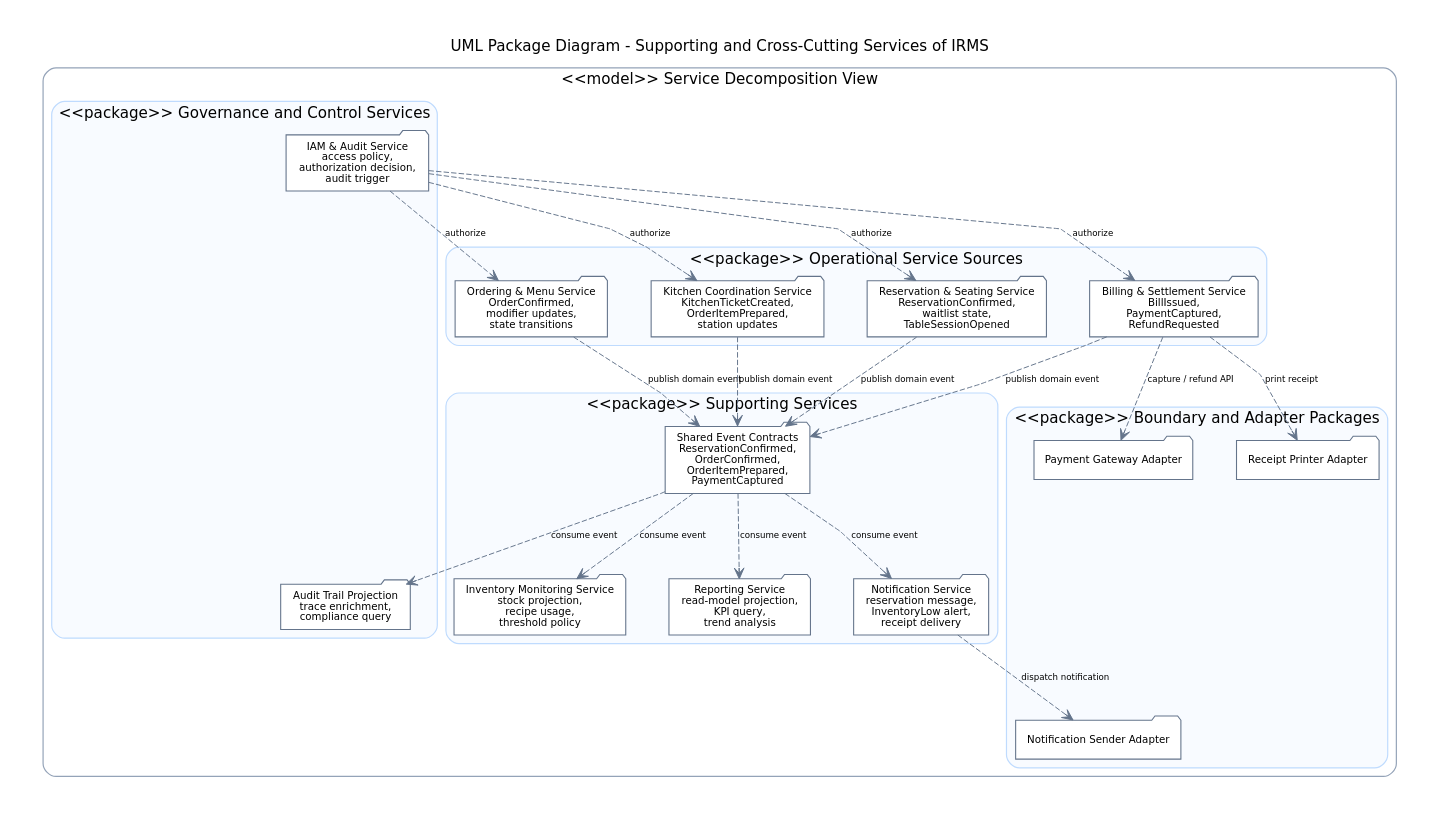
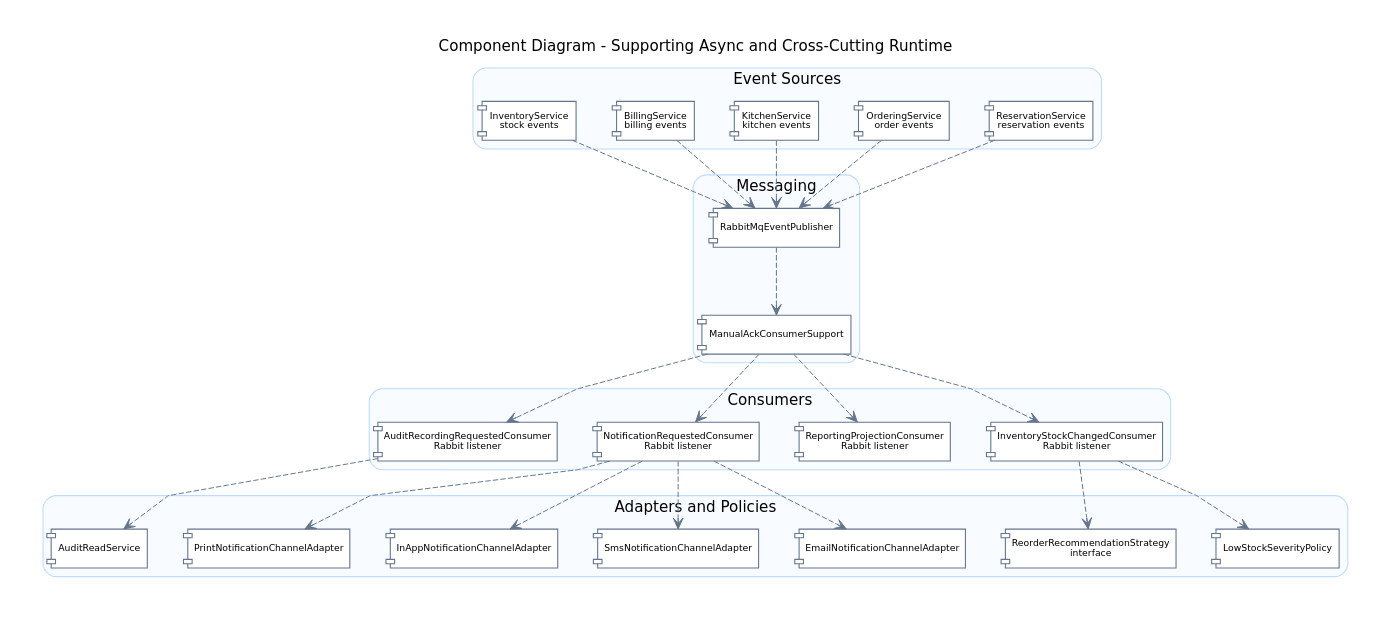
One commit to lehoangluan1/SA_IRMS changed the diagram in assets/diagrams/source/architecture/08_module_view_support_and_cross_cutting_modules.dot. Above: the diagram before and after it, drawn with Graphviz. The commit also changed 3969 other files, not shown here.

```diff
--- a/assets/diagrams/source/architecture/08_module_view_support_and_cross_cutting_modules.dot
+++ b/assets/diagrams/source/architecture/08_module_view_support_and_cross_cutting_modules.dot
@@ -1,106 +1,84 @@
 digraph G {
   graph [
     rankdir=TB,
     newrank=true,
     compound=true,
     bgcolor="white",
     pad=0.34,
-    nodesep=0.56,
-    ranksep=0.96,
+    nodesep=0.52,
+    ranksep=0.88,
     splines=polyline,
     fontname="DejaVu Sans",
     labelloc="t",
-    label="UML Package Diagram - Supporting and Cross-Cutting Services of IRMS"
+    label="Component Diagram - Supporting Async and Cross-Cutting Runtime"
   ];
 
-  node [
-    shape=folder,
-    style="filled",
-    fillcolor="#FFFFFF",
-    color="#64748B",
-    penwidth=1.0,
-    fontname="DejaVu Sans",
-    fontsize=9.5,
-    margin="0.14,0.08"
-  ];
+  node [shape=component, style="rounded,filled", fillcolor="#FFFFFF", color="#64748B", penwidth=1.0, fontname="DejaVu Sans", fontsize=8.6, margin="0.10,0.06"];
+  edge [style=dashed, arrowhead=vee, color="#64748B", penwidth=0.9, fontname="DejaVu Sans", fontsize=7.8];
 
-  edge [
-    style=dashed,
-    arrowhead=vee,
-    color="#64748B",
-    penwidth=0.9,
-    fontname="DejaVu Sans",
-    fontsize=8.0
-  ];
-
-  subgraph cluster_model {
-    label="<<model>> Service Decomposition View";
-    color="#94A3B8";
-    penwidth=1.1;
-    style="rounded";
-
-    subgraph cluster_sources {
-      label="<<package>> Operational Service Sources";
-      color="#BFDBFE";
-      style="rounded,filled";
-      fillcolor="#F8FBFF";
-
-      reservation_source [label="Reservation & Seating Service\nReservationConfirmed,\nwaitlist state,\nTableSessionOpened"];
-      ordering_source [label="Ordering & Menu Service\nOrderConfirmed,\nmodifier updates,\nstate transitions"];
-      kitchen_source [label="Kitchen Coordination Service\nKitchenTicketCreated,\nOrderItemPrepared,\nstation updates"];
-      billing_source [label="Billing & Settlement Service\nBillIssued,\nPaymentCaptured,\nRefundRequested"];
-    }
-
-    subgraph cluster_support {
-      label="<<package>> Supporting Services";
-      color="#BFDBFE";
-      style="rounded,filled";
-      fillcolor="#F8FBFF";
-
-      contracts [label="Shared Event Contracts\nReservationConfirmed,\nOrderConfirmed,\nOrderItemPrepared,\nPaymentCaptured"];
-      inventory_support [label="Inventory Monitoring Service\nstock projection,\nrecipe usage,\nthreshold policy"];
-      reporting_support [label="Reporting Service\nread-model projection,\nKPI query,\ntrend analysis"];
-      notification_support [label="Notification Service\nreservation message,\nInventoryLow alert,\nreceipt delivery"];
-    }
-
-    subgraph cluster_governance {
-      label="<<package>> Governance and Control Services";
-      color="#BFDBFE";
-      style="rounded,filled";
-      fillcolor="#F8FBFF";
-
-      iam_package [label="IAM & Audit Service\naccess policy,\nauthorization decision,\naudit trigger"];
-      audit_package [label="Audit Trail Projection\ntrace enrichment,\ncompliance query"];
-    }
-
-    subgraph cluster_boundary {
-      label="<<package>> Boundary and Adapter Packages";
-      color="#BFDBFE";
-      style="rounded,filled";
-      fillcolor="#F8FBFF";
-
-      payment_adapter [label="Payment Gateway Adapter"];
-      receipt_adapter [label="Receipt Printer Adapter"];
-      notification_adapter [label="Notification Sender Adapter"];
-    }
+  subgraph cluster_sources {
+    label="Event Sources";
+    color="#BFDBFE";
+    style="rounded,filled";
+    fillcolor="#F8FBFF";
+    ReservationService [label="ReservationService\nreservation events"];
+    OrderingService [label="OrderingService\norder events"];
+    KitchenService [label="KitchenService\nkitchen events"];
+    BillingService [label="BillingService\nbilling events"];
+    InventoryService [label="InventoryService\nstock events"];
   }
 
-  reservation_source -> contracts [label="publish domain event"];
-  ordering_source -> contracts [label="publish domain event"];
-  kitchen_source -> contracts [label="publish domain event"];
-  billing_source -> contracts [label="publish domain event"];
+  subgraph cluster_messaging {
+    label="Messaging";
+    color="#BFDBFE";
+    style="rounded,filled";
+    fillcolor="#F8FBFF";
+    RabbitMqEventPublisher [label="RabbitMqEventPublisher"];
+    ManualAckConsumerSupport [label="ManualAckConsumerSupport"];
+  }
 
-  contracts -> inventory_support [label="consume event"];
-  contracts -> reporting_support [label="consume event"];
-  contracts -> notification_support [label="consume event"];
-  contracts -> audit_package [label="consume event"];
+  subgraph cluster_consumers {
+    label="Consumers";
+    color="#BFDBFE";
+    style="rounded,filled";
+    fillcolor="#F8FBFF";
+    InventoryStockChangedConsumer [label="InventoryStockChangedConsumer\nRabbit listener"];
+    ReportingProjectionConsumer [label="ReportingProjectionConsumer\nRabbit listener"];
+    NotificationRequestedConsumer [label="NotificationRequestedConsumer\nRabbit listener"];
+    AuditRecordingRequestedConsumer [label="AuditRecordingRequestedConsumer\nRabbit listener"];
+  }
 
-  iam_package -> reservation_source [label="authorize"];
-  iam_package -> ordering_source [label="authorize"];
-  iam_package -> kitchen_source [label="authorize"];
-  iam_package -> billing_source [label="authorize"];
+  subgraph cluster_adapters {
+    label="Adapters and Policies";
+    color="#BFDBFE";
+    style="rounded,filled";
+    fillcolor="#F8FBFF";
+    LowStockSeverityPolicy [label="LowStockSeverityPolicy"];
+    ReorderRecommendationStrategy [label="ReorderRecommendationStrategy\ninterface"];
+    EmailNotificationChannelAdapter [label="EmailNotificationChannelAdapter"];
+    SmsNotificationChannelAdapter [label="SmsNotificationChannelAdapter"];
+    InAppNotificationChannelAdapter [label="InAppNotificationChannelAdapter"];
+    PrintNotificationChannelAdapter [label="PrintNotificationChannelAdapter"];
+    AuditReadService [label="AuditReadService"];
+  }
 
-  billing_source -> payment_adapter [label="capture / refund API"];
-  billing_source -> receipt_adapter [label="print receipt"];
-  notification_support -> notification_adapter [label="dispatch notification"];
+  ReservationService -> RabbitMqEventPublisher;
+  OrderingService -> RabbitMqEventPublisher;
+  KitchenService -> RabbitMqEventPublisher;
+  BillingService -> RabbitMqEventPublisher;
+  InventoryService -> RabbitMqEventPublisher;
+
+  RabbitMqEventPublisher -> ManualAckConsumerSupport;
+  ManualAckConsumerSupport -> InventoryStockChangedConsumer;
+  ManualAckConsumerSupport -> ReportingProjectionConsumer;
+  ManualAckConsumerSupport -> NotificationRequestedConsumer;
+  ManualAckConsumerSupport -> AuditRecordingRequestedConsumer;
+
+  InventoryStockChangedConsumer -> LowStockSeverityPolicy;
+  InventoryStockChangedConsumer -> ReorderRecommendationStrategy;
+  NotificationRequestedConsumer -> EmailNotificationChannelAdapter;
+  NotificationRequestedConsumer -> SmsNotificationChannelAdapter;
+  NotificationRequestedConsumer -> InAppNotificationChannelAdapter;
+  NotificationRequestedConsumer -> PrintNotificationChannelAdapter;
+  AuditRecordingRequestedConsumer -> AuditReadService;
 }
```
